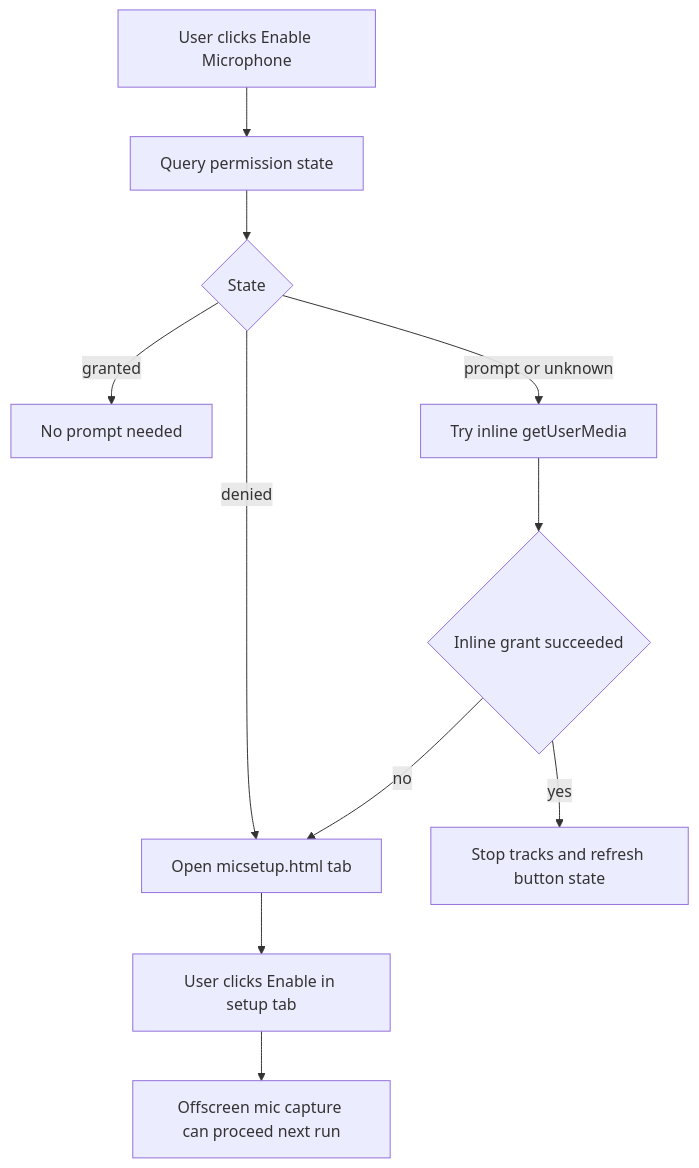
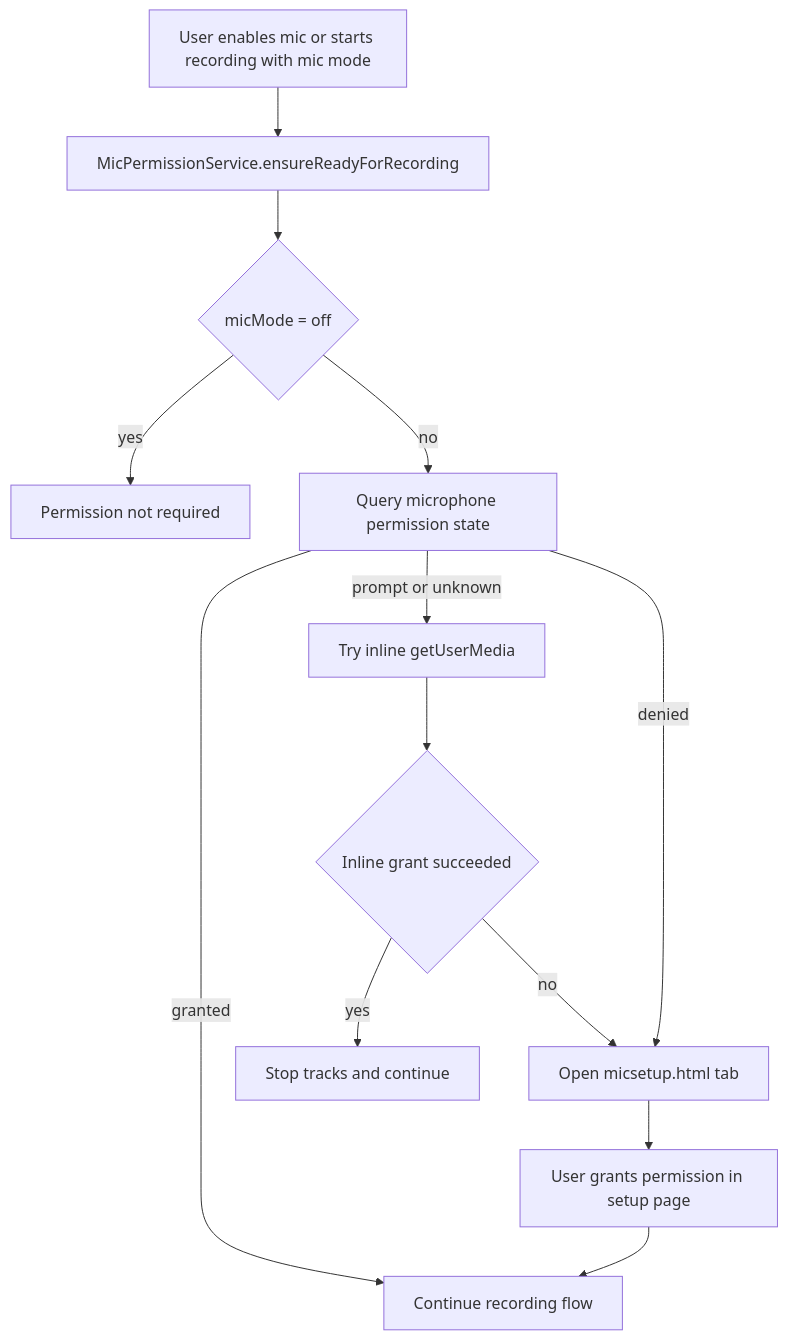
One commit to kstroevsky/chrome-meeting-recording-extension changed the ninth of 10 diagrams in Documentation.md. Above: the diagram before and after it, drawn with Mermaid. The commit also changed other lines of this file, not shown here.

Commit message:
Docs: Update Documentation.md with new architecture approach

````diff
--- a/Documentation.md
+++ b/Documentation.md
@@ -295,16 +626,18 @@
 ```mermaid
 flowchart TD
-    A[User clicks Enable Microphone] --> B[Query permission state]
-    B --> C{State}
+    A[User enables mic or starts recording with mic mode] --> B[MicPermissionService.ensureReadyForRecording]
+    B --> C{micMode = off}
+    C -->|yes| D[Permission not required]
+    C -->|no| E[Query microphone permission state]
 
-    C -->|granted| D[No prompt needed]
-    C -->|denied| E[Open micsetup.html tab]
-    C -->|prompt or unknown| F[Try inline getUserMedia]
+    E -->|granted| F[Continue recording flow]
+    E -->|prompt or unknown| G[Try inline getUserMedia]
+    E -->|denied| H[Open micsetup.html tab]
 
-    F --> G{Inline grant succeeded}
-    G -->|yes| H[Stop tracks and refresh button state]
-    G -->|no| E
+    G --> I{Inline grant succeeded}
+    I -->|yes| J[Stop tracks and continue]
+    I -->|no| H
 
-    E --> I[User clicks Enable in setup tab]
-    I --> J[Offscreen mic capture can proceed next run]
+    H --> K[User grants permission in setup page]
+    K --> F
 ```
````
